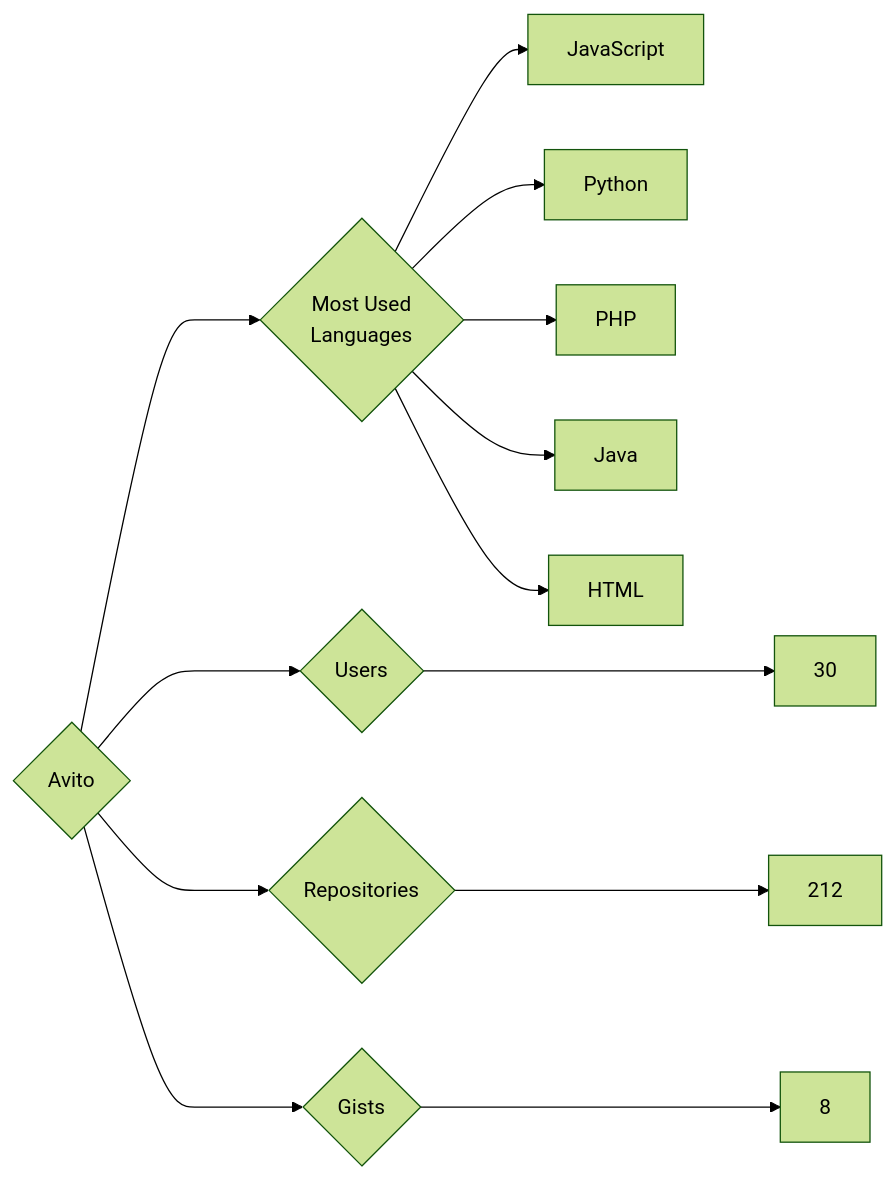
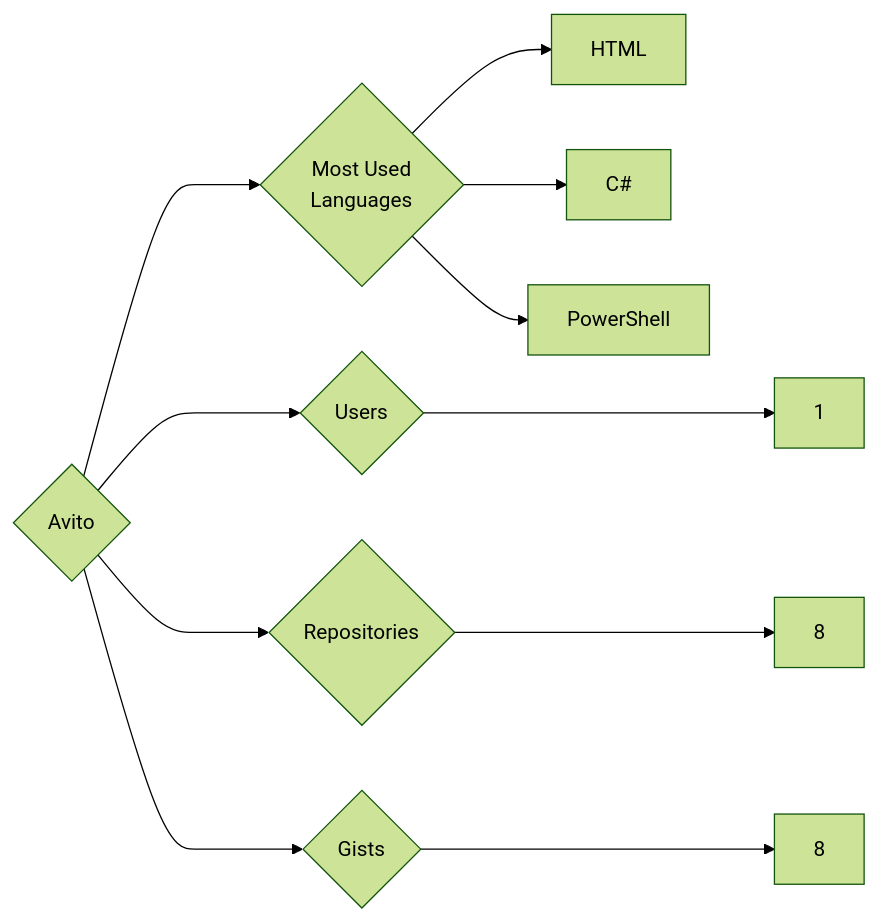
Before and after one commit to trickest/insiders: the diagram in targets/Avito/README.md, drawn with Mermaid (forest theme). The commit also changed 629 other files, not shown here.

````diff
--- a/targets/Avito/README.md
+++ b/targets/Avito/README.md
@@ -3,13 +3,11 @@
 ```mermaid
 graph LR
 COMPANY_NAME{Avito}
-COMPANY_NAME ---> U{Users} ---> UN[30]
-COMPANY_NAME ---> R{Repositories} ---> RN[212]
+COMPANY_NAME ---> U{Users} ---> UN[1]
+COMPANY_NAME ---> R{Repositories} ---> RN[8]
 COMPANY_NAME ---> G{Gists} ---> GN[8]
 COMPANY_NAME ---> ML{Most Used<br>Languages}
-ML --> JavaScript[JavaScript]
-ML --> Python[Python]
-ML --> PHP[PHP]
-ML --> Java[Java]
 ML --> HTML[HTML]
+ML --> C#[C#]
+ML --> PowerShell[PowerShell]
 ```
````
